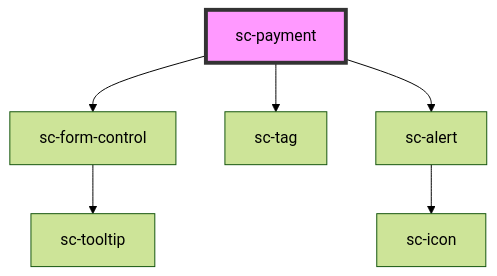
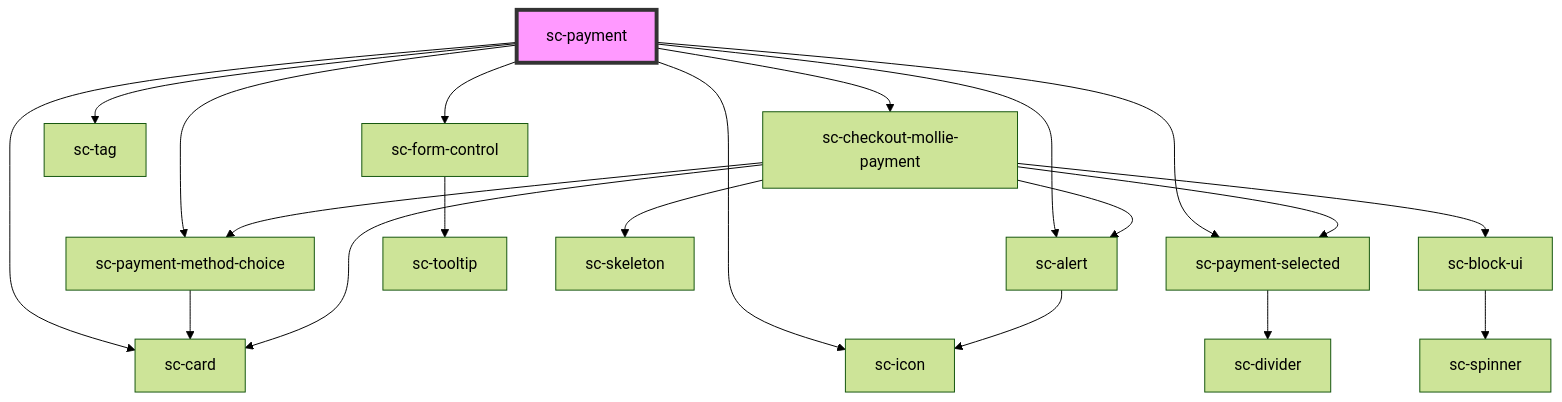
One commit to surecart/surecart-wp-plugin changed the diagram in packages/components/src/components/controllers/checkout-form/payment/readme.md. Above: the diagram before and after it, drawn with Mermaid (forest theme). The commit also changed other lines of this file and 52 other files, not shown here.

````diff
--- a/packages/components/src/components/controllers/checkout-form/payment/readme.md
+++ b/packages/components/src/components/controllers/checkout-form/payment/readme.md
@@ -48,9 +45,23 @@
 ```mermaid
 graph TD;
+  sc-payment --> sc-payment-method-choice
+  sc-payment --> sc-icon
+  sc-payment --> sc-card
+  sc-payment --> sc-payment-selected
   sc-payment --> sc-form-control
   sc-payment --> sc-tag
+  sc-payment --> sc-checkout-mollie-payment
   sc-payment --> sc-alert
+  sc-payment-method-choice --> sc-card
+  sc-payment-selected --> sc-divider
   sc-form-control --> sc-tooltip
+  sc-checkout-mollie-payment --> sc-card
+  sc-checkout-mollie-payment --> sc-skeleton
+  sc-checkout-mollie-payment --> sc-alert
+  sc-checkout-mollie-payment --> sc-payment-method-choice
+  sc-checkout-mollie-payment --> sc-payment-selected
+  sc-checkout-mollie-payment --> sc-block-ui
   sc-alert --> sc-icon
+  sc-block-ui --> sc-spinner
   style sc-payment fill:#f9f,stroke:#333,stroke-width:4px
 ```
````
